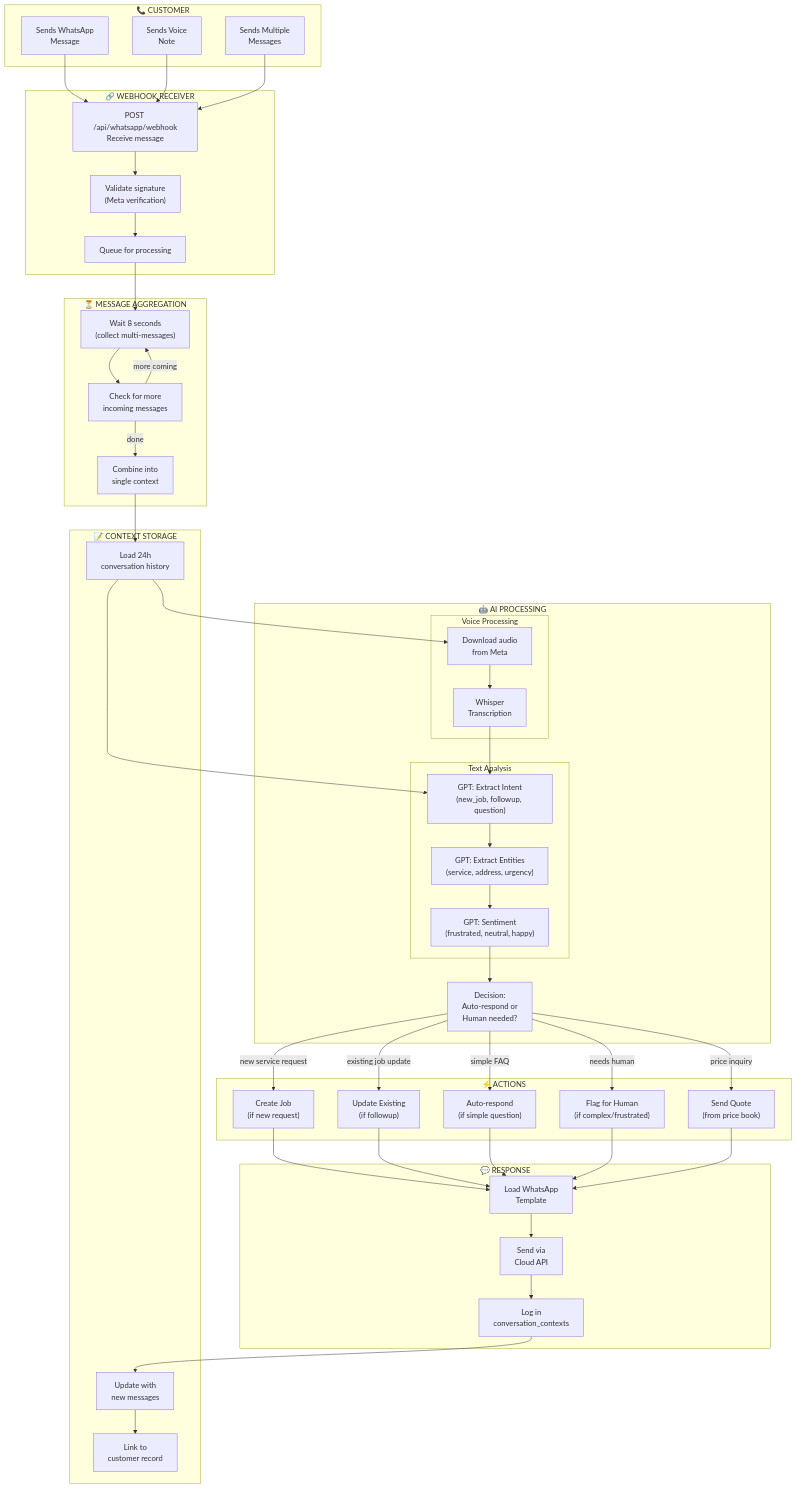
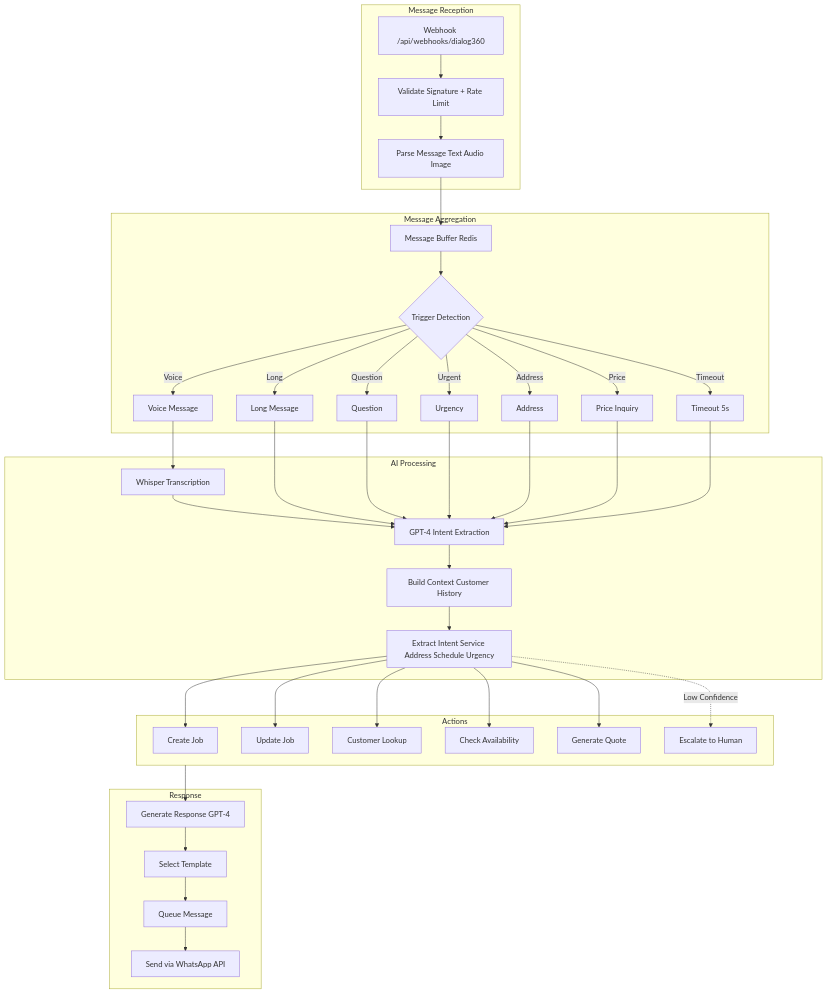
The fourth of 9 diagrams in architecture/campotech-complete-system-architecture.md (leftonspace/CampoTech), drawn with Mermaid before and after one commit. The commit also changed other lines of this file, not shown here.

First line of the commit message:
docs: complete CampoTech system architecture documentation

````diff
--- a/architecture/campotech-complete-system-architecture.md
+++ b/architecture/campotech-complete-system-architecture.md
@@ -434,93 +524,66 @@
 ```mermaid
 flowchart TB
-    subgraph CUSTOMER["📞 CUSTOMER"]
-        C_MSG["Sends WhatsApp<br/>Message"]
-        C_VOICE["Sends Voice<br/>Note"]
-        C_MULTI["Sends Multiple<br/>Messages"]
+    subgraph Reception ["Message Reception"]
+        WH["Webhook /api/webhooks/dialog360"]
+        VAL["Validate Signature + Rate Limit"]
+        PARSE["Parse Message Text Audio Image"]
     end
 
-    subgraph WEBHOOK["🔗 WEBHOOK RECEIVER"]
-        WH_RECV["POST /api/whatsapp/webhook<br/>Receive message"]
-        WH_VALID["Validate signature<br/>(Meta verification)"]
-        WH_QUEUE["Queue for processing"]
+    subgraph Aggregation ["Message Aggregation"]
+        BUFFER["Message Buffer Redis"]
+        TRIGGER{"Trigger Detection"}
+        VOICE["Voice Message"]
+        LONG["Long Message"]
+        QUEST["Question"]
+        URGENT["Urgency"]
+        ADDR["Address"]
+        PRICE["Price Inquiry"]
+        TIMEOUT["Timeout 5s"]
     end
 
-    subgraph AGGREGATION["⏳ MESSAGE AGGREGATION"]
-        AGG_WAIT["Wait 8 seconds<br/>(collect multi-messages)"]
-        AGG_CHECK["Check for more<br/>incoming messages"]
-        AGG_COMBINE["Combine into<br/>single context"]
+    subgraph AIProcessing ["AI Processing"]
+        CONTEXT["Build Context Customer History"]
+        WHISPER["Whisper Transcription"]
+        GPT["GPT-4 Intent Extraction"]
+        EXTRACT["Extract Intent Service Address Schedule Urgency"]
     end
 
-    subgraph AI_PROCESS["🤖 AI PROCESSING"]
-        subgraph VOICE_PROC["Voice Processing"]
-            VOICE_DL["Download audio<br/>from Meta"]
-            VOICE_TRANS["Whisper<br/>Transcription"]
-        end
-
-        subgraph TEXT_PROC["Text Analysis"]
-            GPT_INTENT["GPT: Extract Intent<br/>(new_job, followup, question)"]
-            GPT_ENTITY["GPT: Extract Entities<br/>(service, address, urgency)"]
-            GPT_SENTIMENT["GPT: Sentiment<br/>(frustrated, neutral, happy)"]
-        end
-
-        AI_DECIDE["Decision:<br/>Auto-respond or<br/>Human needed?"]
+    subgraph Actions ["Actions"]
+        CREATE_JOB["Create Job"]
+        UPDATE_JOB["Update Job"]
+        LOOKUP["Customer Lookup"]
+        SCHEDULE["Check Availability"]
+        QUOTE["Generate Quote"]
+        ESCALATE["Escalate to Human"]
     end
 
-    subgraph ACTIONS["⚡ ACTIONS"]
-        ACT_JOB["Create Job<br/>(if new request)"]
-        ACT_UPDATE["Update Existing<br/>(if followup)"]
-        ACT_RESPOND["Auto-respond<br/>(if simple question)"]
-        ACT_HUMAN["Flag for Human<br/>(if complex/frustrated)"]
-        ACT_QUOTE["Send Quote<br/>(from price book)"]
+    subgraph Response ["Response"]
+        GEN["Generate Response GPT-4"]
+        TEMPLATE["Select Template"]
+        QUEUE["Queue Message"]
+        SEND["Send via WhatsApp API"]
     end
 
-    subgraph RESPONSE["💬 RESPONSE"]
-        RESP_TEMPLATE["Load WhatsApp<br/>Template"]
-        RESP_SEND["Send via<br/>Cloud API"]
-        RESP_LOG["Log in<br/>conversation_contexts"]
-    end
+    WH --> VAL --> PARSE
+    PARSE --> BUFFER
+    BUFFER --> TRIGGER
 
-    subgraph CONTEXT["📝 CONTEXT STORAGE"]
-        CTX_LOAD["Load 24h<br/>conversation history"]
-        CTX_UPDATE["Update with<br/>new messages"]
-        CTX_CUSTOMER["Link to<br/>customer record"]
-    end
+    TRIGGER -->|Voice| VOICE --> WHISPER --> GPT
+    TRIGGER -->|Long| LONG --> GPT
+    TRIGGER -->|Question| QUEST --> GPT
+    TRIGGER -->|Urgent| URGENT --> GPT
+    TRIGGER -->|Address| ADDR --> GPT
+    TRIGGER -->|Price| PRICE --> GPT
+    TRIGGER -->|Timeout| TIMEOUT --> GPT
 
-    C_MSG --> WH_RECV
-    C_VOICE --> WH_RECV
-    C_MULTI --> WH_RECV
+    GPT --> CONTEXT --> EXTRACT
 
-    WH_RECV --> WH_VALID --> WH_QUEUE
+    EXTRACT --> CREATE_JOB
+    EXTRACT --> UPDATE_JOB
+    EXTRACT --> LOOKUP
+    EXTRACT --> SCHEDULE
+    EXTRACT --> QUOTE
+    EXTRACT -.->|Low Confidence| ESCALATE
 
-    WH_QUEUE --> AGG_WAIT
-    AGG_WAIT --> AGG_CHECK
-    AGG_CHECK -->|more coming| AGG_WAIT
-    AGG_CHECK -->|done| AGG_COMBINE
-
-    AGG_COMBINE --> CTX_LOAD
-    CTX_LOAD --> VOICE_DL
-    VOICE_DL --> VOICE_TRANS
-    VOICE_TRANS --> GPT_INTENT
-
-    CTX_LOAD --> GPT_INTENT
-    GPT_INTENT --> GPT_ENTITY
-    GPT_ENTITY --> GPT_SENTIMENT
-    GPT_SENTIMENT --> AI_DECIDE
-
-    AI_DECIDE -->|new service request| ACT_JOB
-    AI_DECIDE -->|existing job update| ACT_UPDATE
-    AI_DECIDE -->|simple FAQ| ACT_RESPOND
-    AI_DECIDE -->|needs human| ACT_HUMAN
-    AI_DECIDE -->|price inquiry| ACT_QUOTE
-
-    ACT_JOB --> RESP_TEMPLATE
-    ACT_UPDATE --> RESP_TEMPLATE
-    ACT_RESPOND --> RESP_TEMPLATE
-    ACT_HUMAN --> RESP_TEMPLATE
-    ACT_QUOTE --> RESP_TEMPLATE
-
-    RESP_TEMPLATE --> RESP_SEND
-    RESP_SEND --> RESP_LOG
-    RESP_LOG --> CTX_UPDATE
-    CTX_UPDATE --> CTX_CUSTOMER
+    Actions --> GEN --> TEMPLATE --> QUEUE --> SEND
 ```
````
